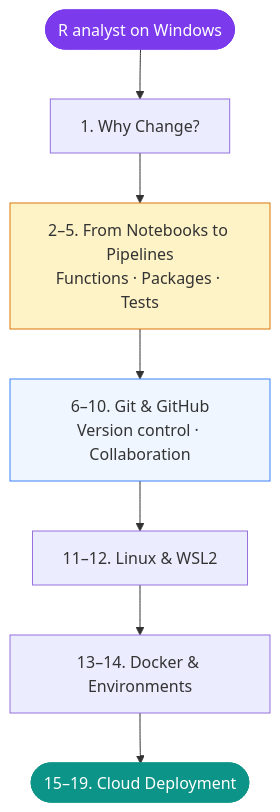
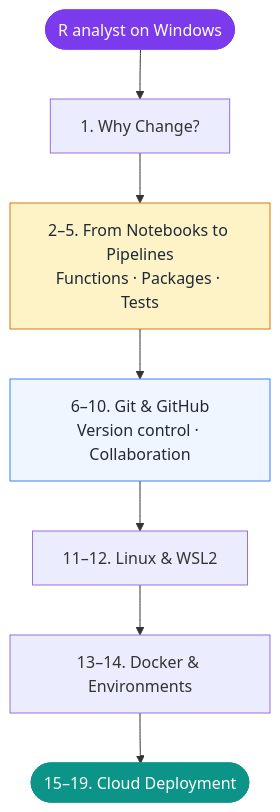
Before and after one commit to Ch3w3y/docker_gcp: the second of 2 diagrams in docs/index.md, drawn with Mermaid. The commit also changed other lines of this file and 7 other files, not shown here.

First line of the commit message:
fix(docs): fix Mermaid contrast for dark mode and replace \n with <br/>

````diff
--- a/docs/index.md
+++ b/docs/index.md
@@ -59,17 +59,17 @@
 ```mermaid
 flowchart TD
     START(["R analyst on Windows"])
     A["1. Why Change?"]
     B["2–5. From Notebooks to Pipelines<br/>Functions · Packages · Tests"]
     C["6–10. Git & GitHub<br/>Version control · Collaboration"]
     D["11–12. Linux & WSL2"]
     E["13–14. Docker & Environments"]
     F(["15–19. Cloud Deployment"])
 
     START --> A --> B --> C --> D --> E --> F
 
     style START fill:#7c3aed,color:#fff,stroke:#7c3aed
-    style B fill:#fef3c7,stroke:#d97706
-    style C fill:#eff6ff,stroke:#3b82f6
+    style B fill:#fef3c7,stroke:#d97706,color:#1f2937
+    style C fill:#eff6ff,stroke:#3b82f6,color:#1f2937
     style F fill:#0d9488,color:#fff,stroke:#0d9488
 ```
````
